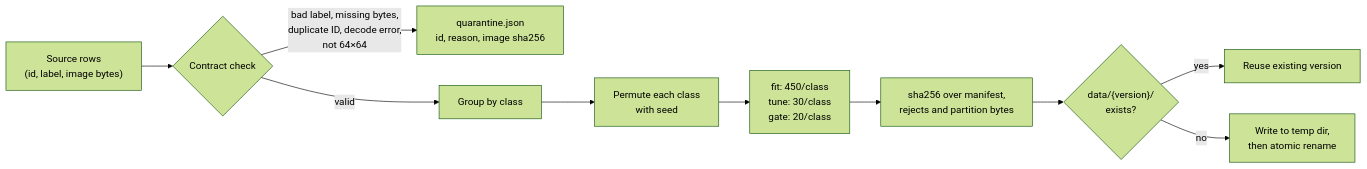
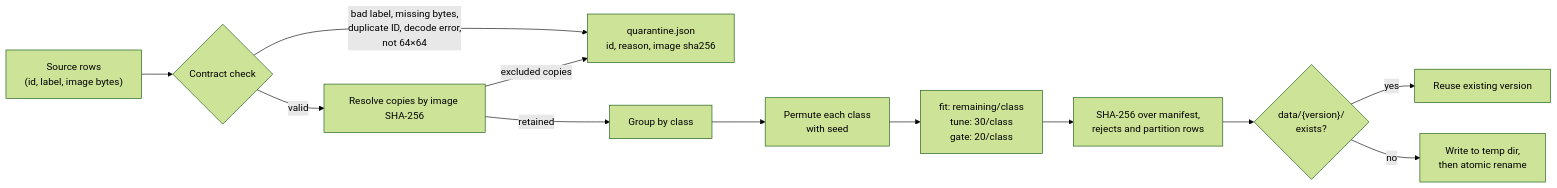
Before and after one commit to sunnakh/tiny-imagenet-ml-system: the third of 7 diagrams in docs/design.md, drawn with Mermaid (forest theme). The commit also changed other lines of this file and 2 other files, not shown here.

````diff
--- a/docs/design.md
+++ b/docs/design.md
@@ -125,12 +128,14 @@
 ```mermaid
 flowchart LR
     A["Source rows<br/>(id, label, image bytes)"] --> B{"Contract check"}
     B -- "bad label, missing bytes,<br/>duplicate ID, decode error,<br/>not 64×64" --> Q["quarantine.json<br/>id, reason, image sha256"]
-    B -- valid --> C["Group by class"]
+    B -- valid --> X["Resolve copies by image SHA-256"]
+    X -- excluded copies --> Q
+    X -- retained --> C["Group by class"]
     C --> D["Permute each class<br/>with seed"]
-    D --> E["fit: 450/class<br/>tune: 30/class<br/>gate: 20/class"]
-    E --> H["sha256 over manifest,<br/>rejects and partition bytes"]
+    D --> E["fit: remaining/class<br/>tune: 30/class<br/>gate: 20/class"]
+    E --> H["SHA-256 over manifest,<br/>rejects and partition rows"]
     H --> V{"data/{version}/<br/>exists?"}
     V -- yes --> R["Reuse existing version"]
     V -- no --> W["Write to temp dir,<br/>then atomic rename"]
 ```
````
